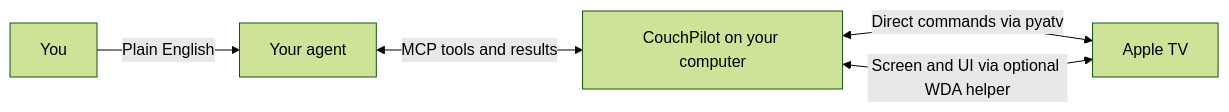
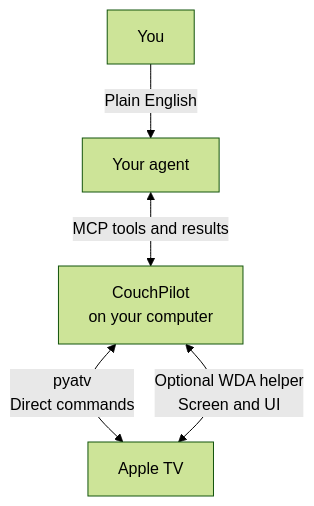
The diagram in README.md (riddlejack/CouchPilot), drawn with Mermaid (forest theme) before and after one commit.

Commit message:
Keep the architecture diagram readable on narrow screens

````diff
--- a/README.md
+++ b/README.md
@@ -17,7 +17,7 @@
 ```mermaid
-flowchart LR
+flowchart TD
     You["You"] -->|"Plain English"| Agent["Your agent"]
-    Agent <-->|"MCP tools and results"| Bridge["CouchPilot on your computer"]
-    Bridge <-->|"Direct commands via pyatv"| TV["Apple TV"]
-    Bridge <-->|"Screen and UI via optional WDA helper"| TV
+    Agent <-->|"MCP tools and results"| Bridge["CouchPilot<br/>on your computer"]
+    Bridge <-->|"pyatv<br/>Direct commands"| TV["Apple TV"]
+    Bridge <-->|"Optional WDA helper<br/>Screen and UI"| TV
 ```
````
